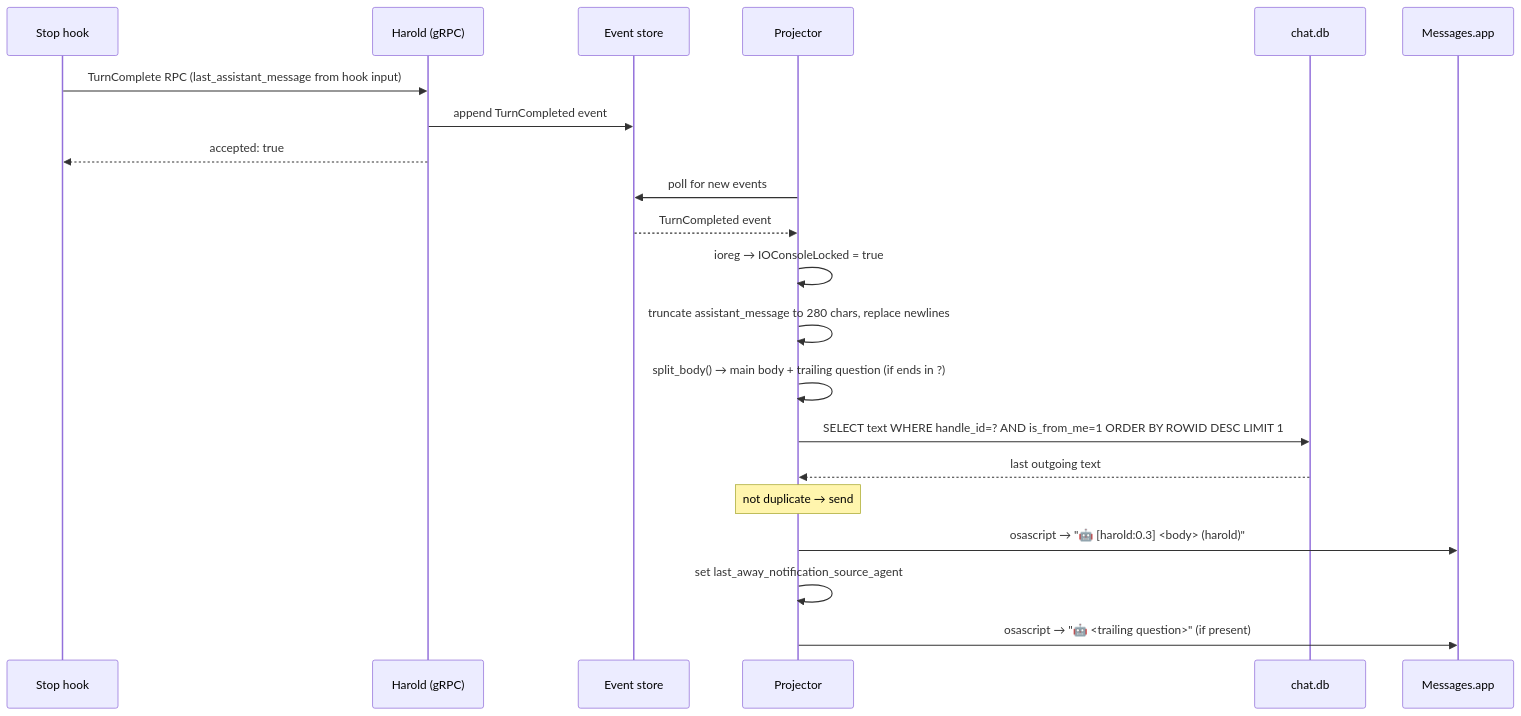
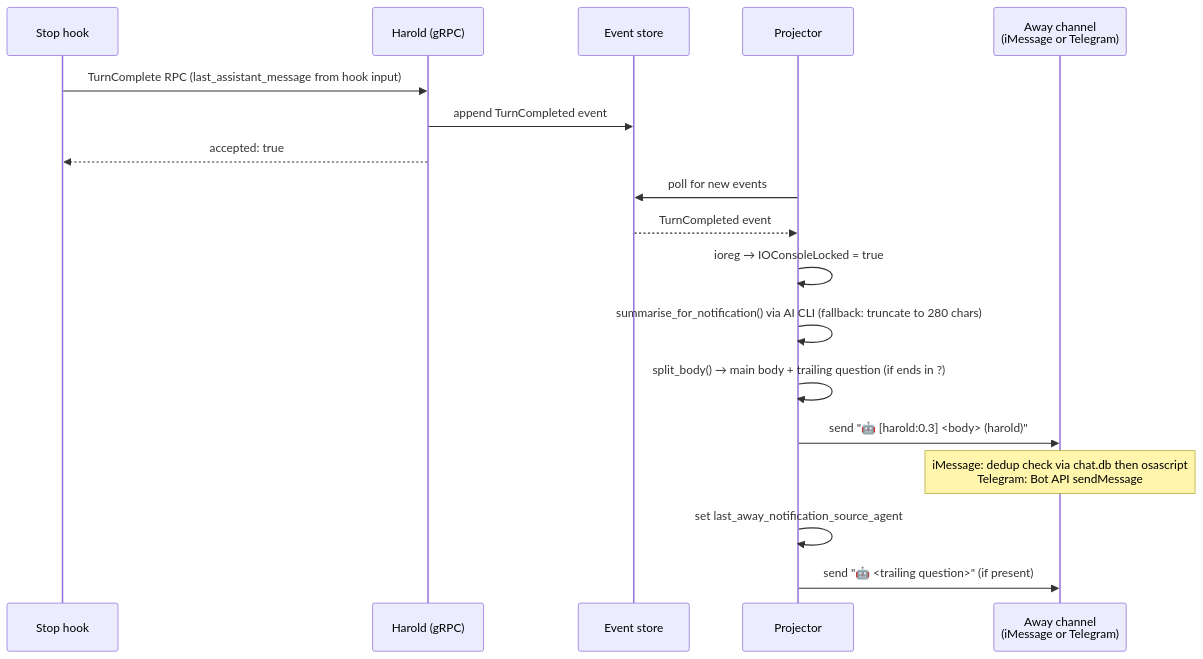
One commit to kahgeh/harold changed the second of 2 diagrams in docs/references/notification/README.md. Above: the diagram before and after it, drawn with Mermaid. The commit also changed other lines of this file and 6 other files, not shown here.

````diff
--- a/docs/references/notification/README.md
+++ b/docs/references/notification/README.md
@@ -116,25 +131,22 @@
 ```mermaid
 sequenceDiagram
     participant Hook as Stop hook
     participant gRPC as Harold (gRPC)
     participant Store as Event store
     participant Projector
-    participant ChatDb as chat.db
-    participant Messages as Messages.app
+    participant Channel as Away channel<br/>(iMessage or Telegram)
 
     Hook->>gRPC: TurnComplete RPC (last_assistant_message from hook input)
     gRPC->>Store: append TurnCompleted event
     gRPC-->>Hook: accepted: true
 
     Projector->>Store: poll for new events
     Store-->>Projector: TurnCompleted event
     Projector->>Projector: ioreg → IOConsoleLocked = true
-    Projector->>Projector: truncate assistant_message to 280 chars, replace newlines
+    Projector->>Projector: summarise_for_notification() via AI CLI (fallback: truncate to 280 chars)
     Projector->>Projector: split_body() → main body + trailing question (if ends in ?)
-    Projector->>ChatDb: SELECT text WHERE handle_id=? AND is_from_me=1 ORDER BY ROWID DESC LIMIT 1
-    ChatDb-->>Projector: last outgoing text
-    note over Projector: not duplicate → send
-    Projector->>Messages: osascript → "🤖 [harold:0.3] <body> (harold)"
+    Projector->>Channel: send "🤖 [harold:0.3] <body> (harold)"
+    note over Channel: iMessage: dedup check via chat.db then osascript<br/>Telegram: Bot API sendMessage
     Projector->>Projector: set last_away_notification_source_agent
-    Projector->>Messages: osascript → "🤖 <trailing question>" (if present)
+    Projector->>Channel: send "🤖 <trailing question>" (if present)
 ```
````
